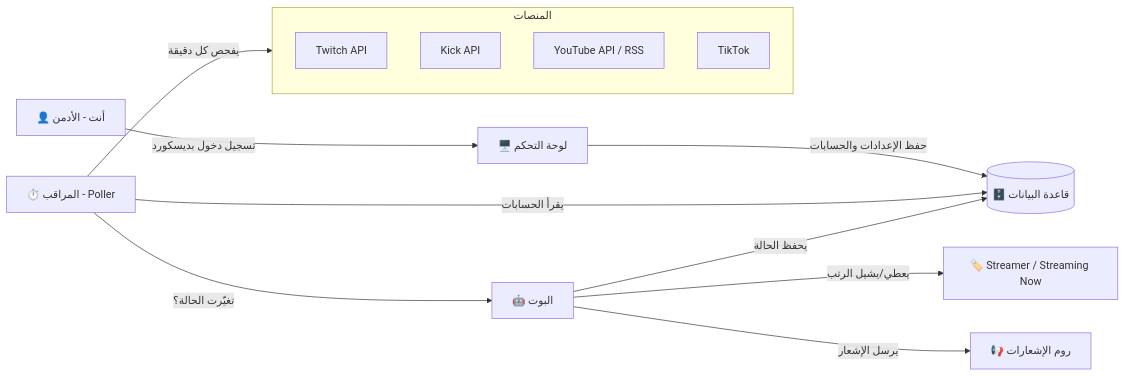
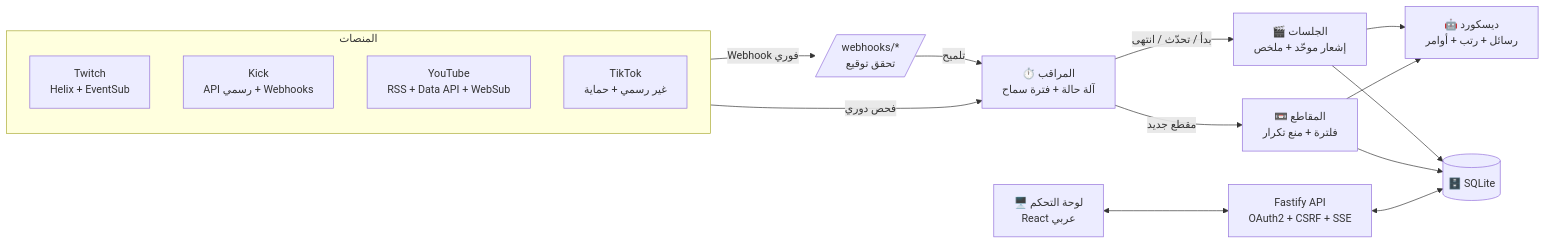
The diagram in WORKSPACE.md (C020/C020), drawn with Mermaid before and after one commit. The commit also changed other lines of this file and 1 other file, not shown here.

First line of the commit message:
Update workspace plan and README to reflect the implemented bot

````diff
--- a/WORKSPACE.md
+++ b/WORKSPACE.md
@@ -29,20 +37,21 @@
 ```mermaid
 flowchart LR
-    Admin[👤 أنت - الأدمن] -->|تسجيل دخول بديسكورد| Dash[🖥️ لوحة التحكم]
-    Dash -->|حفظ الإعدادات والحسابات| DB[(🗄️ قاعدة البيانات)]
-
     subgraph Platforms[المنصات]
-        TW[Twitch API]
-        KK[Kick API]
-        YT[YouTube API / RSS]
-        TT[TikTok]
+        TW[Twitch<br/>Helix + EventSub]
+        KK[Kick<br/>API رسمي + Webhooks]
+        YT[YouTube<br/>RSS + Data API + WebSub]
+        TT[TikTok<br/>غير رسمي + حماية]
     end
 
-    Poller[⏱️ المراقب - Poller] -->|يقرأ الحسابات| DB
-    Poller -->|يفحص كل دقيقة| Platforms
-    Poller -->|تغيّرت الحالة؟| Bot[🤖 البوت]
+    Platforms -- Webhook فوري --> WH[/webhooks/*<br/>تحقق توقيع/]
+    WH -- تلميح --> MON
+    Platforms -- فحص دوري --> MON[⏱️ المراقب<br/>آلة حالة + فترة سماح]
 
-    Bot -->|يعطي/يشيل الرتب| Roles[🏷️ Streamer / Streaming Now]
-    Bot -->|يرسل الإشعار| Channel[📢 روم الإشعارات]
-    Bot -->|يحفظ الحالة| DB
+    MON -- بدأ / تحدّث / انتهى --> SES[🎬 الجلسات<br/>إشعار موحّد + ملخص]
+    MON -- مقطع جديد --> CON[📼 المقاطع<br/>فلترة + منع تكرار]
+
+    SES --> BOT[🤖 ديسكورد<br/>رسائل + رتب + أوامر]
+    CON --> BOT
+    SES & CON --> DB[(🗄️ SQLite)]
+    DASH[🖥️ لوحة التحكم<br/>React عربي] <--> API[Fastify API<br/>OAuth2 + CSRF + SSE] <--> DB
 ```
````
